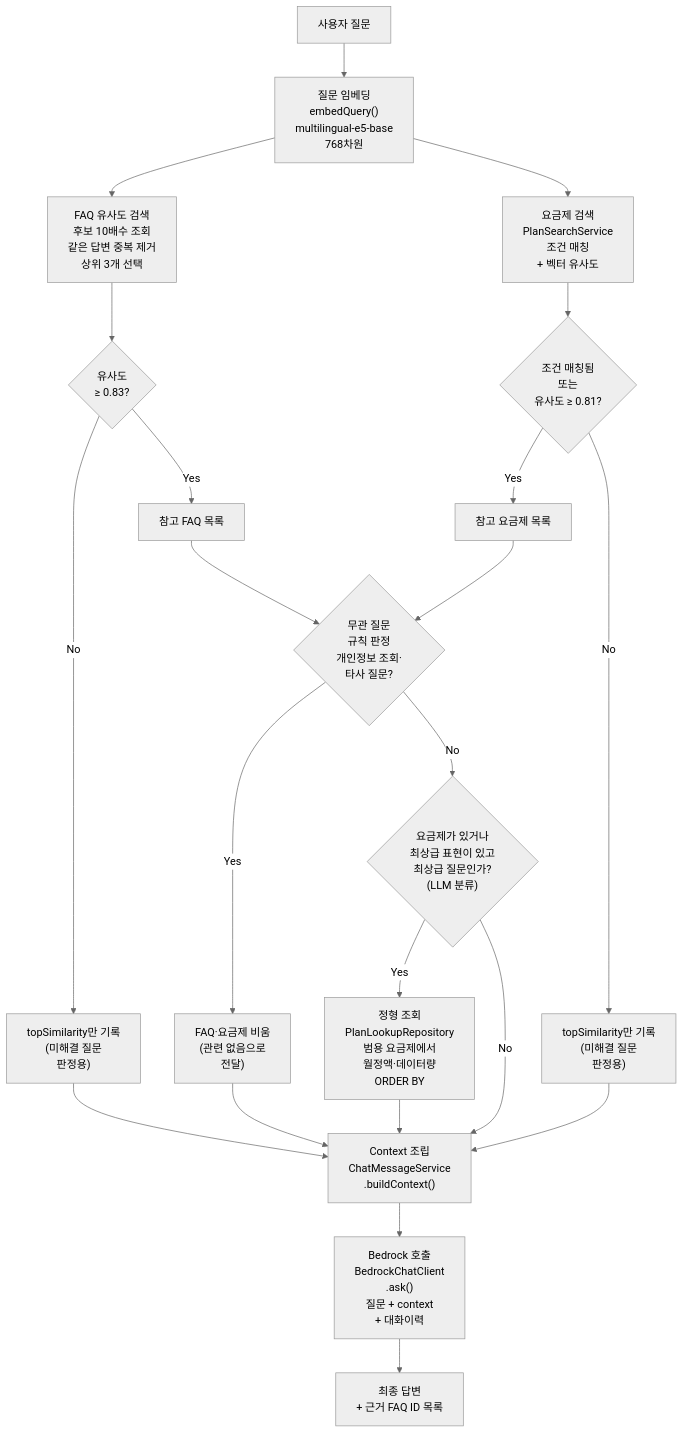
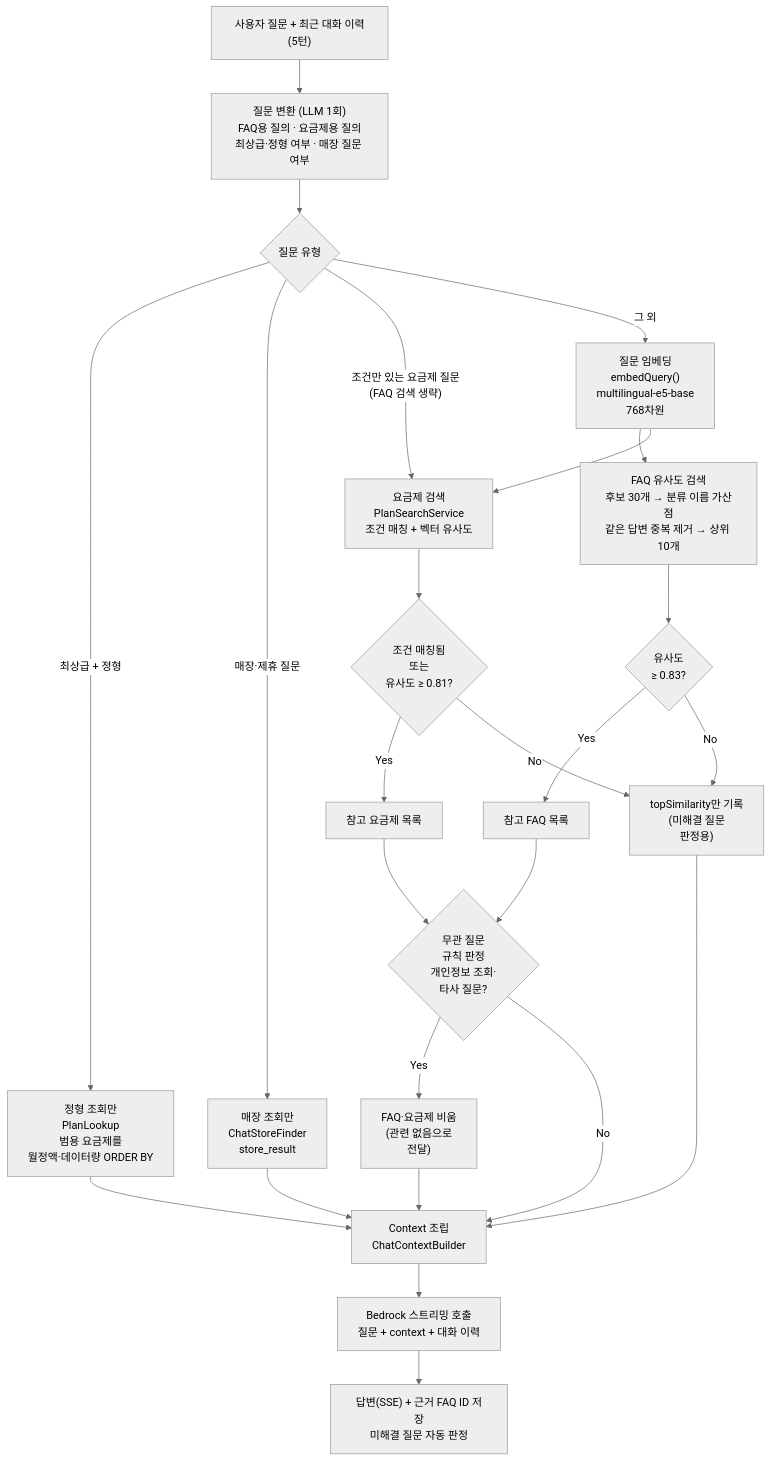
The second of 3 diagrams in README.md (VITA-500/Vita-BE), drawn with Mermaid (neutral theme) before and after one commit. The commit also changed other lines of this file, not shown here.

````diff
--- a/README.md
+++ b/README.md
@@ -285,24 +295,27 @@
 ```mermaid
 flowchart TD
-    A[사용자 질문] --> B["질문 임베딩<br/>embedQuery()<br/>multilingual-e5-base<br/>768차원"]
-    B --> C1["FAQ 유사도 검색<br/>후보 10배수 조회<br/>같은 답변 중복 제거<br/>상위 3개 선택"]
-    B --> C2["요금제 검색<br/>PlanSearchService<br/>조건 매칭<br/>+ 벡터 유사도"]
-    C1 --> D1{"유사도<br/>≥ 0.83?"}
-    C2 --> D2{"조건 매칭됨<br/>또는<br/>유사도 ≥ 0.81?"}
-    D1 -->|No| F1["topSimilarity만 기록<br/>(미해결 질문<br/>판정용)"]
-    D1 -->|Yes| E1[참고 FAQ 목록]
-    D2 -->|Yes| E2[참고 요금제 목록]
-    D2 -->|No| F2["topSimilarity만 기록<br/>(미해결 질문<br/>판정용)"]
-    E1 --> R{"무관 질문<br/>규칙 판정<br/>개인정보 조회·<br/>타사 질문?"}
-    E2 --> R
+    A["사용자 질문 + 최근 대화 이력(5턴)"] --> B["질문 변환 (LLM 1회)<br/>FAQ용 질의 · 요금제용 질의<br/>최상급·정형 여부 · 매장 질문 여부"]
+    B --> C{"질문 유형"}
+    C -->|"최상급 + 정형"| Y["정형 조회만<br/>PlanLookup<br/>범용 요금제를<br/>월정액·데이터량 ORDER BY"]
+    C -->|"매장·제휴 질문"| S["매장 조회만<br/>ChatStoreFinder<br/>store_result"]
+    C -->|"조건만 있는 요금제 질문<br/>(FAQ 검색 생략)"| G
+    C -->|"그 외"| E["질문 임베딩<br/>embedQuery()<br/>multilingual-e5-base<br/>768차원"]
+    E --> F["FAQ 유사도 검색<br/>후보 30개 → 분류 이름 가산점<br/>같은 답변 중복 제거 → 상위 10개"]
+    E --> G["요금제 검색<br/>PlanSearchService<br/>조건 매칭 + 벡터 유사도"]
+    F --> H{"유사도<br/>≥ 0.83?"}
+    G --> I{"조건 매칭됨<br/>또는<br/>유사도 ≥ 0.81?"}
+    H -->|Yes| J[참고 FAQ 목록]
+    H -->|No| K["topSimilarity만 기록<br/>(미해결 질문<br/>판정용)"]
+    I -->|Yes| M[참고 요금제 목록]
+    I -->|No| K
+    J --> R{"무관 질문<br/>규칙 판정<br/>개인정보 조회·<br/>타사 질문?"}
+    M --> R
     R -->|Yes| Z["FAQ·요금제 비움<br/>(관련 없음으로<br/>전달)"]
-    R -->|No| X{"요금제가 있거나<br/>최상급 표현이 있고<br/>최상급 질문인가?<br/>(LLM 분류)"}
-    X -->|Yes| Y["정형 조회<br/>PlanLookupRepository<br/>범용 요금제에서<br/>월정액·데이터량<br/>ORDER BY"]
-    X -->|No| G["Context 조립<br/>ChatMessageService<br/>.buildContext()"]
-    Y --> G
-    Z --> G
-    F1 --> G
-    F2 --> G
-    G --> H["Bedrock 호출<br/>BedrockChatClient<br/>.ask()<br/>질문 + context<br/>+ 대화이력"]
-    H --> I["최종 답변<br/>+ 근거 FAQ ID 목록"]
+    R -->|No| X["Context 조립<br/>ChatContextBuilder"]
+    Y --> X
+    S --> X
+    Z --> X
+    K --> X
+    X --> O["Bedrock 스트리밍 호출<br/>질문 + context + 대화 이력"]
+    O --> Q["답변(SSE) + 근거 FAQ ID 저장<br/>미해결 질문 자동 판정"]
 ```
````
